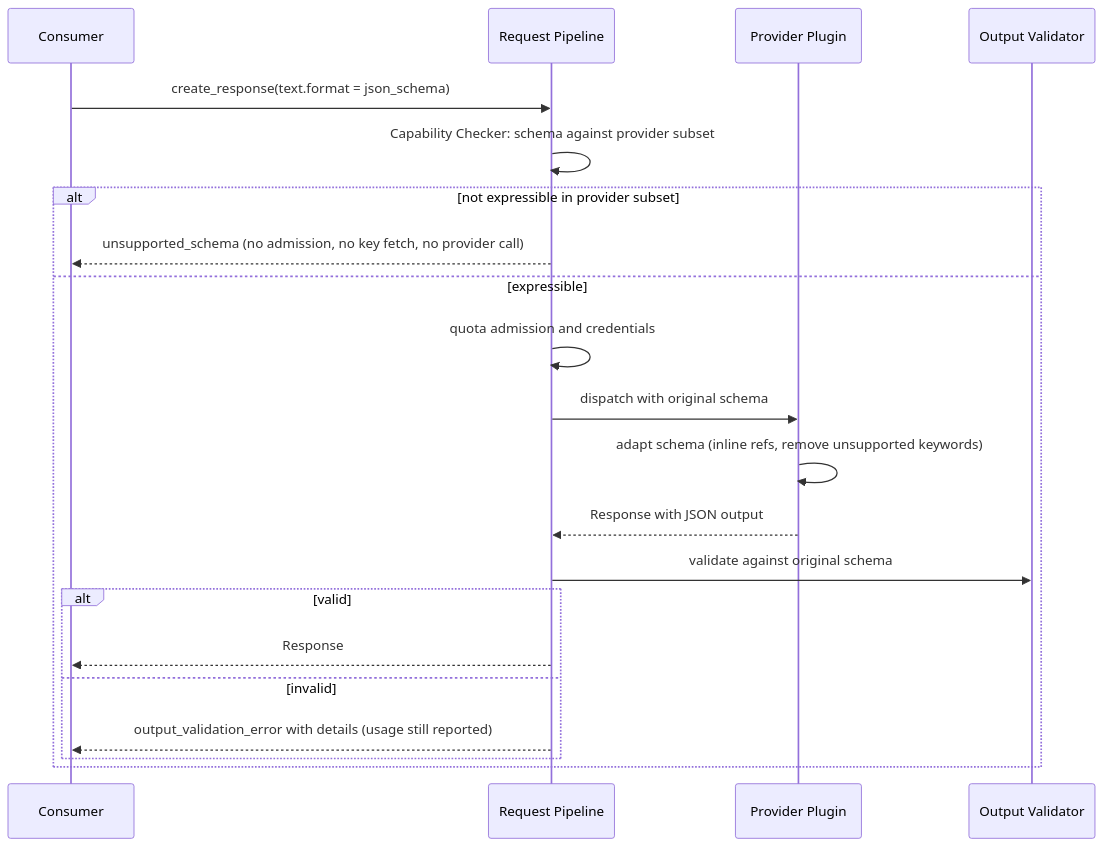
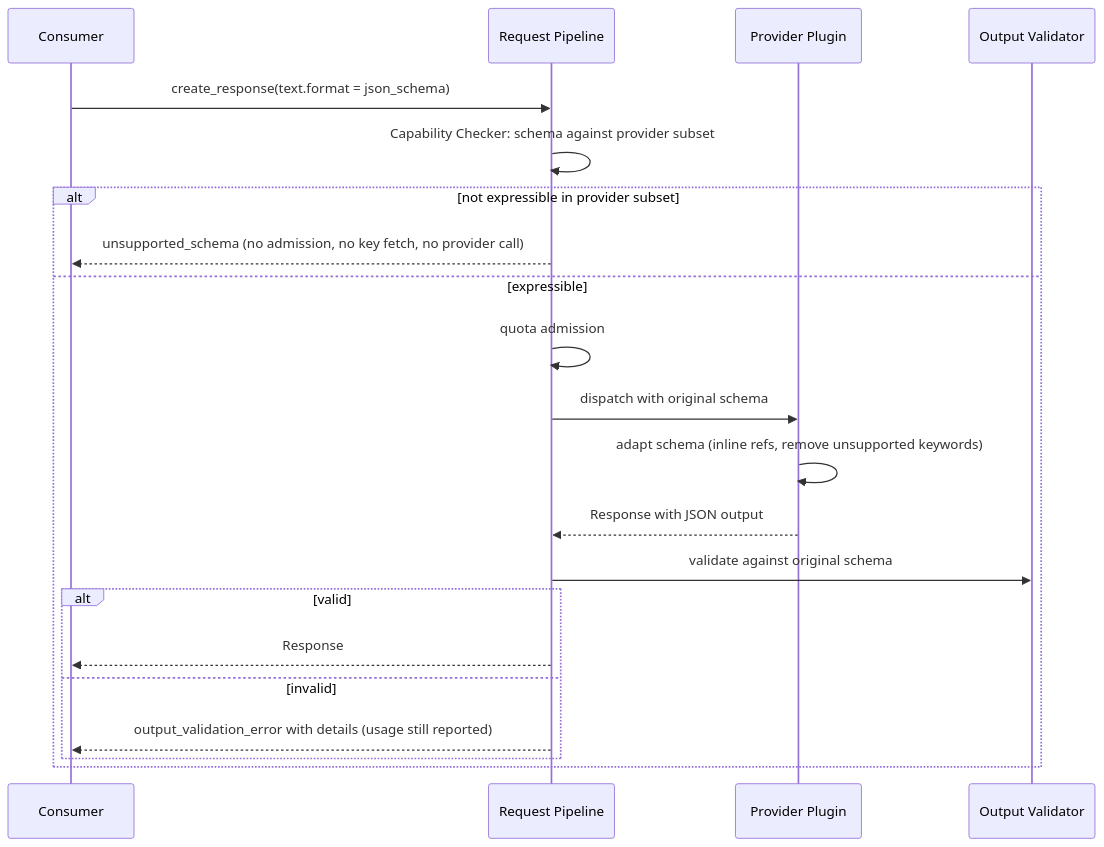
Before and after one commit to constructorfabric/gears-rust: the eighth of 15 diagrams in gears/llm-gateway/docs/DESIGN.md, drawn with Mermaid. The commit also changed other lines of this file and 11 other files, not shown here.

````diff
--- a/gears/llm-gateway/docs/DESIGN.md
+++ b/gears/llm-gateway/docs/DESIGN.md
@@ -1001,23 +1012,23 @@
 ```mermaid
 sequenceDiagram
     participant C as Consumer
     participant P as Request Pipeline
     participant PL as Provider Plugin
     participant OV as Output Validator
     C->>P: create_response(text.format = json_schema)
     P->>P: Capability Checker: schema against provider subset
     alt not expressible in provider subset
         P-->>C: unsupported_schema (no admission, no key fetch, no provider call)
     else expressible
-        P->>P: quota admission and credentials
+        P->>P: quota admission
         P->>PL: dispatch with original schema
         PL->>PL: adapt schema (inline refs, remove unsupported keywords)
         PL-->>P: Response with JSON output
         P->>OV: validate against original schema
         alt valid
             P-->>C: Response
         else invalid
             P-->>C: output_validation_error with details (usage still reported)
         end
     end
 ```
````
